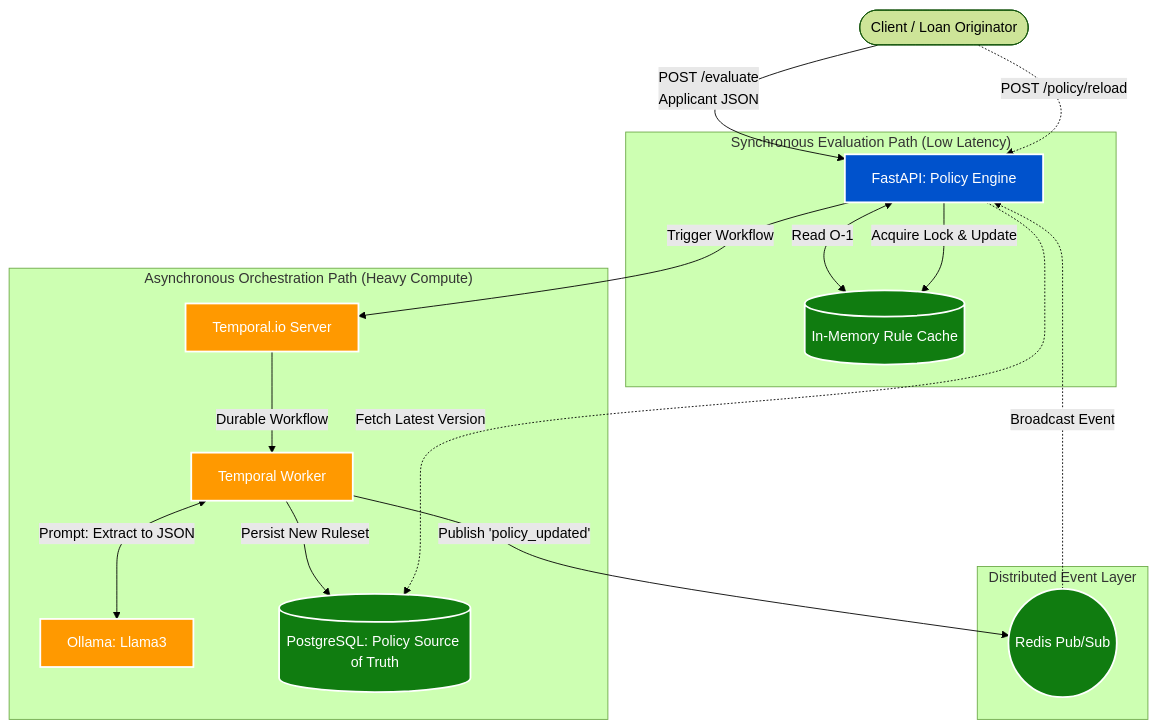
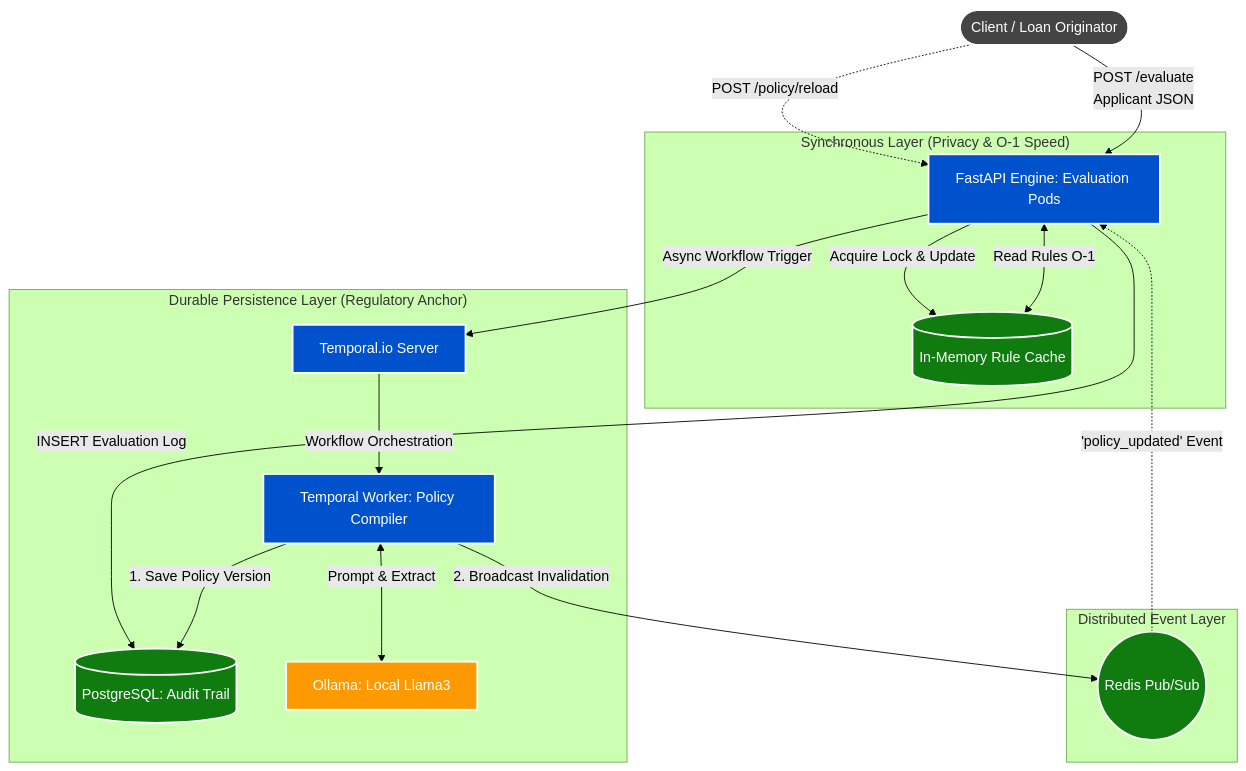
The second of 2 diagrams in README.md (ar29/credit-policy-engine), drawn with Mermaid (forest theme) before and after one commit. The commit also changed other lines of this file and 9 other files, not shown here.

````diff
--- a/README.md
+++ b/README.md
@@ -57,46 +77,48 @@
 ```mermaid
 graph TD
     Client([Client / Loan Originator])
 
-    subgraph "Synchronous Evaluation Path (Low Latency)"
-        API[FastAPI: Policy Engine]
+    subgraph "Synchronous Layer (Privacy & O-1 Speed)"
+        API[FastAPI Engine: Evaluation Pods]
         MemCache[(In-Memory Rule Cache)]
-        API <-->|Read O-1| MemCache
-    end
-
-    subgraph "Asynchronous Orchestration Path (Heavy Compute)"
-        Temporal[Temporal.io Server]
-        Worker[Temporal Worker]
-        LLM[Ollama: Llama3]
-        DB[(PostgreSQL: Policy Source of Truth)]
+        API <-->|Read Rules O-1| MemCache
     end
 
     subgraph "Distributed Event Layer"
         Redis((Redis Pub/Sub))
     end
 
+    subgraph "Durable Persistence Layer (Regulatory Anchor)"
+        T_Server[Temporal.io Server]
+        W[Temporal Worker: Policy Compiler]
+        DB[(PostgreSQL: Audit Trail)]
+        Ollama[Ollama: Local Llama3]
+
+        W <-->|Prompt & Extract| Ollama
+        W -->|1. Save Policy Version| DB
+        W -->|2. Broadcast Invalidation| Redis
+    end
+
     %% Execution Flow
     Client -->|POST /evaluate<br/>Applicant JSON| API
     Client -.->|POST /policy/reload| API
-    API -- Trigger Workflow --> Temporal
+    API -->|Async Workflow Trigger| T_Server
+    API -->|INSERT Evaluation Log| DB
 
-    %% Orchestration Flow
-    Temporal -->|Durable Workflow| Worker
-    Worker <-->|Prompt: Extract to JSON| LLM
-    Worker -->|Persist New Ruleset| DB
-    Worker -->|Publish 'policy_updated'| Redis
-
-    %% Cache Invalidation
-    Redis -.->|Broadcast Event| API
-    API -.->|Fetch Latest Version| DB
+    %% Orchestration & Invalidation
+    T_Server -->|Workflow Orchestration| W
+    Redis -.->|'policy_updated' Event| API
     API -->|Acquire Lock & Update| MemCache
 
-    %% Styling
+    %% Styling for Presentation
     classDef primary fill:#0052cc,stroke:#fff,stroke-width:2px,color:#fff;
     classDef secondary fill:#ff9900,stroke:#fff,stroke-width:2px,color:#fff;
     classDef storage fill:#107c10,stroke:#fff,stroke-width:2px,color:#fff;
+    classDef external fill:#444,stroke:#fff,stroke-width:2px,color:#fff;
 
     class API primary;
-    class LLM,Temporal,Worker secondary;
+    class T_Server,W primary;
+    class Ollama secondary;
     class DB,MemCache,Redis storage;
+    class Client external;
 ```
````
